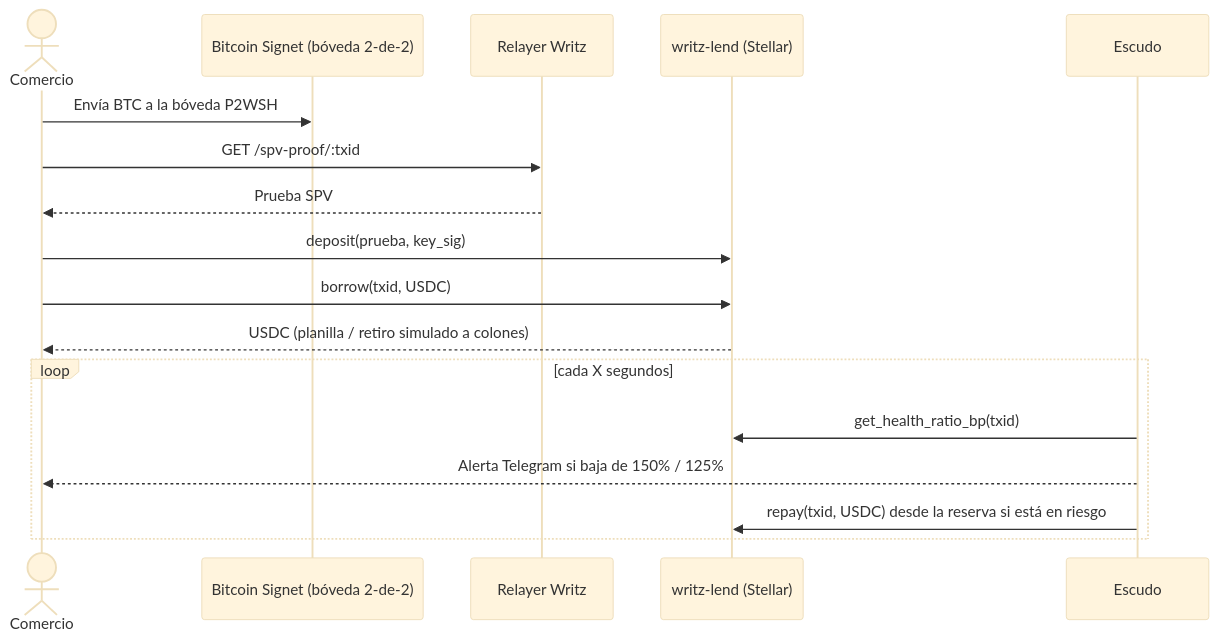
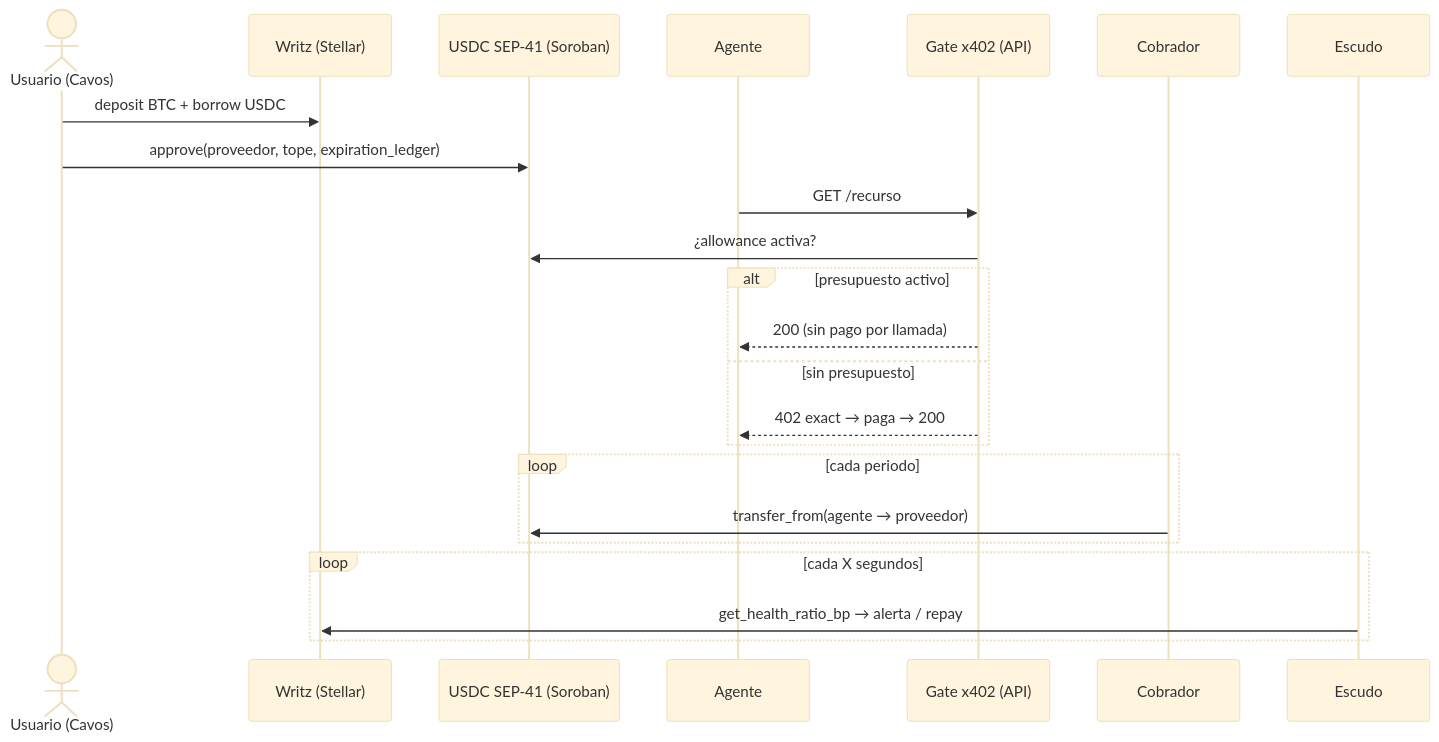
One commit to josedanielm0202-droid/caja-tica-escudo changed the diagram in README.md. Above: the diagram before and after it, drawn with Mermaid (base theme). The commit also changed other lines of this file and 1 other file, not shown here.

Commit message:
docs: pivot a presupuesto prepagado para agentes (README + TAREAS)

````diff
--- a/README.md
+++ b/README.md
@@ -21,19 +45,25 @@
 ```mermaid
 sequenceDiagram
-  actor C as Comercio
-  participant B as Bitcoin Signet (bóveda 2-de-2)
-  participant R as Relayer Writz
-  participant L as writz-lend (Stellar)
+  actor U as Usuario (Cavos)
+  participant W as Writz (Stellar)
+  participant T as USDC SEP-41 (Soroban)
+  participant A as Agente
+  participant G as Gate x402 (API)
+  participant K as Cobrador
   participant E as Escudo
-  C->>B: Envía BTC a la bóveda P2WSH
-  C->>R: GET /spv-proof/:txid
-  R-->>C: Prueba SPV
-  C->>L: deposit(prueba, key_sig)
-  C->>L: borrow(txid, USDC)
-  L-->>C: USDC (planilla / retiro simulado a colones)
+  U->>W: deposit BTC + borrow USDC
+  U->>T: approve(proveedor, tope, expiration_ledger)
+  A->>G: GET /recurso
+  G->>T: ¿allowance activa?
+  alt presupuesto activo
+    G-->>A: 200 (sin pago por llamada)
+  else sin presupuesto
+    G-->>A: 402 exact → paga → 200
+  end
+  loop cada periodo
+    K->>T: transfer_from(agente → proveedor)
+  end
   loop cada X segundos
-    E->>L: get_health_ratio_bp(txid)
-    E-->>C: Alerta Telegram si baja de 150% / 125%
-    E->>L: repay(txid, USDC) desde la reserva si está en riesgo
+    E->>W: get_health_ratio_bp → alerta / repay
   end
 ```
````
